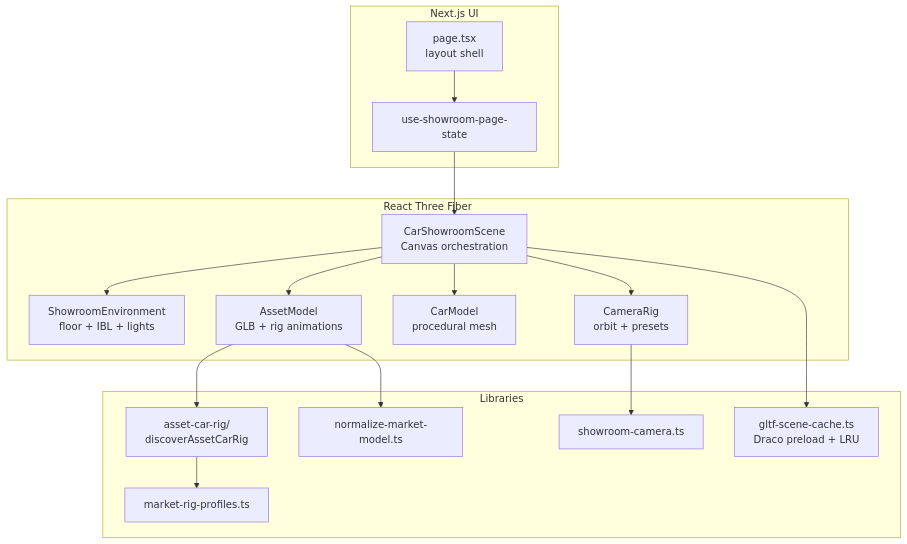
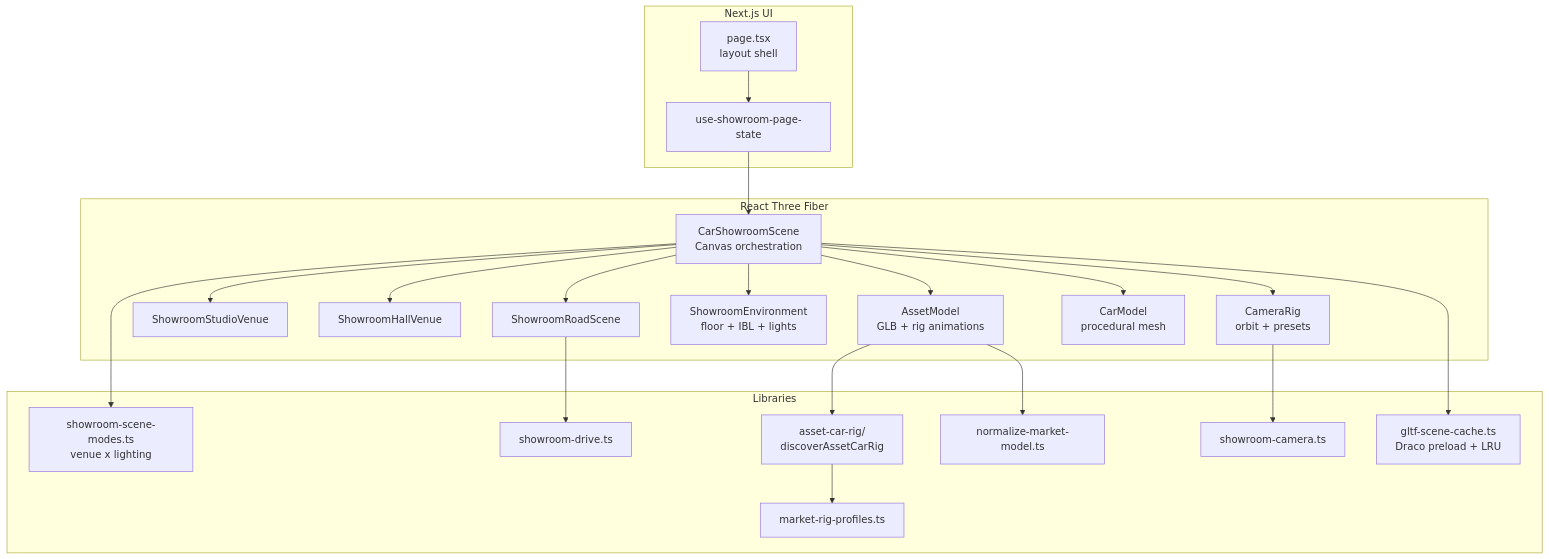
The diagram in documentation/ARCHITECTURE.md (jiaxiantao/3d-car-viewing), drawn with Mermaid before and after one commit. The commit also changed other lines of this file and 13 other files, not shown here.

````diff
--- a/documentation/ARCHITECTURE.md
+++ b/documentation/ARCHITECTURE.md
@@ -7,32 +7,42 @@
 ```mermaid
 flowchart TB
   subgraph ui [Next.js UI]
     Page["page.tsx\nlayout shell"]
     State["use-showroom-page-state"]
   end
   subgraph r3f [React Three Fiber]
   Scene["CarShowroomScene\nCanvas orchestration"]
+  Studio["ShowroomStudioVenue"]
+  Hall["ShowroomHallVenue"]
+  Road["ShowroomRoadScene"]
   Env["ShowroomEnvironment\nfloor + IBL + lights"]
   Asset["AssetModel\nGLB + rig animations"]
   Fallback["CarModel\nprocedural mesh"]
   Cam["CameraRig\norbit + presets"]
   end
   subgraph lib [Libraries]
   Rig["asset-car-rig/\ndiscoverAssetCarRig"]
   Profiles["market-rig-profiles.ts"]
+  Modes["showroom-scene-modes.ts\nvenue x lighting"]
+  Drive["showroom-drive.ts"]
   Norm["normalize-market-model.ts"]
   Camera["showroom-camera.ts"]
   Cache["gltf-scene-cache.ts\nDraco preload + LRU"]
   end
   Page --> State
   State --> Scene
+  Scene --> Modes
+  Scene --> Studio
+  Scene --> Hall
+  Scene --> Road
   Scene --> Env
   Scene --> Asset
   Scene --> Fallback
   Scene --> Cam
   Scene --> Cache
+  Road --> Drive
   Asset --> Rig
   Rig --> Profiles
   Asset --> Norm
   Cam --> Camera
 ```
````
